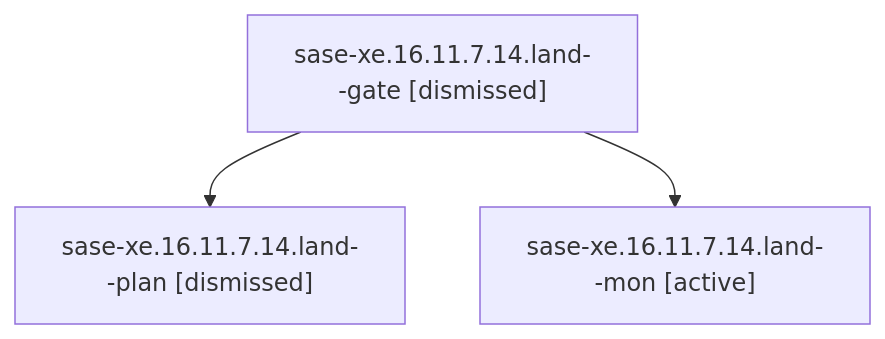
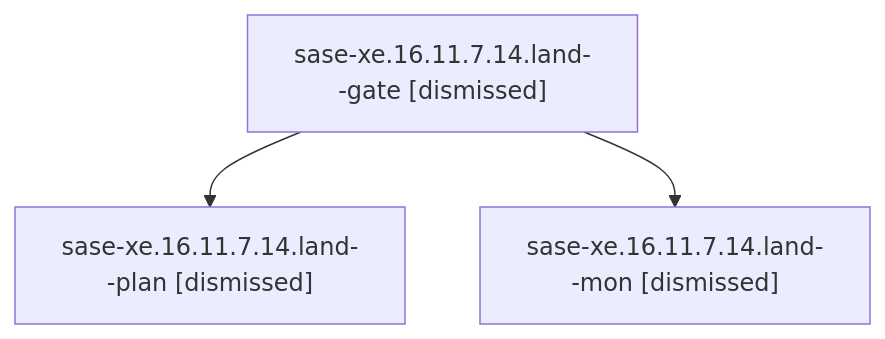
One commit to sase-org/sase--agents changed the diagram in sessions/bbugyi200.athena.sase-xe.16.11.7.14.land.md. Above: the diagram before and after it, drawn with Mermaid. The commit also changed other lines of this file and 323 other files, not shown here.

````diff
--- a/sessions/bbugyi200.athena.sase-xe.16.11.7.14.land.md
+++ b/sessions/bbugyi200.athena.sase-xe.16.11.7.14.land.md
@@ -9,8 +9,8 @@
 ```mermaid
 flowchart TD
   n0["sase-xe.16.11.7.14.land--gate [dismissed]"]
   n1["sase-xe.16.11.7.14.land--plan [dismissed]"]
   n0 --> n1
-  n2["sase-xe.16.11.7.14.land--mon [active]"]
+  n2["sase-xe.16.11.7.14.land--mon [dismissed]"]
   n0 --> n2
 ```
````
